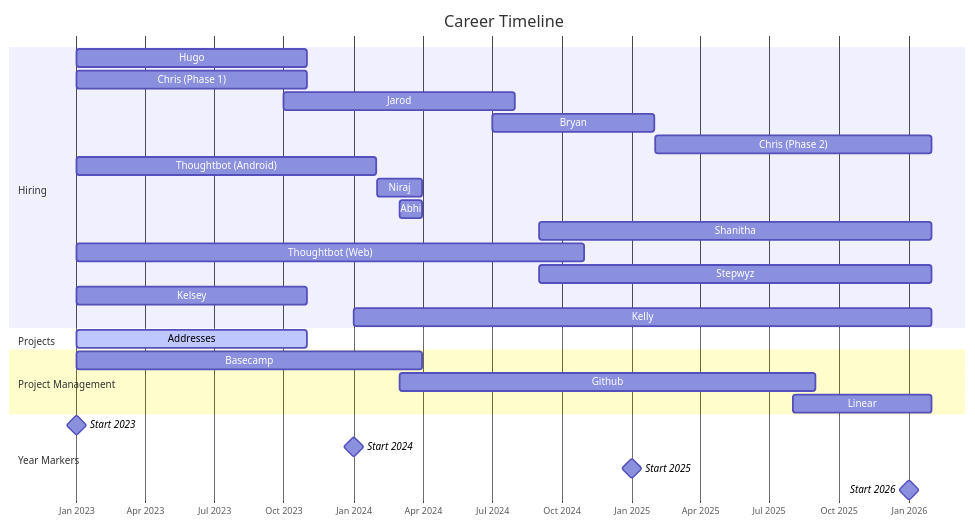
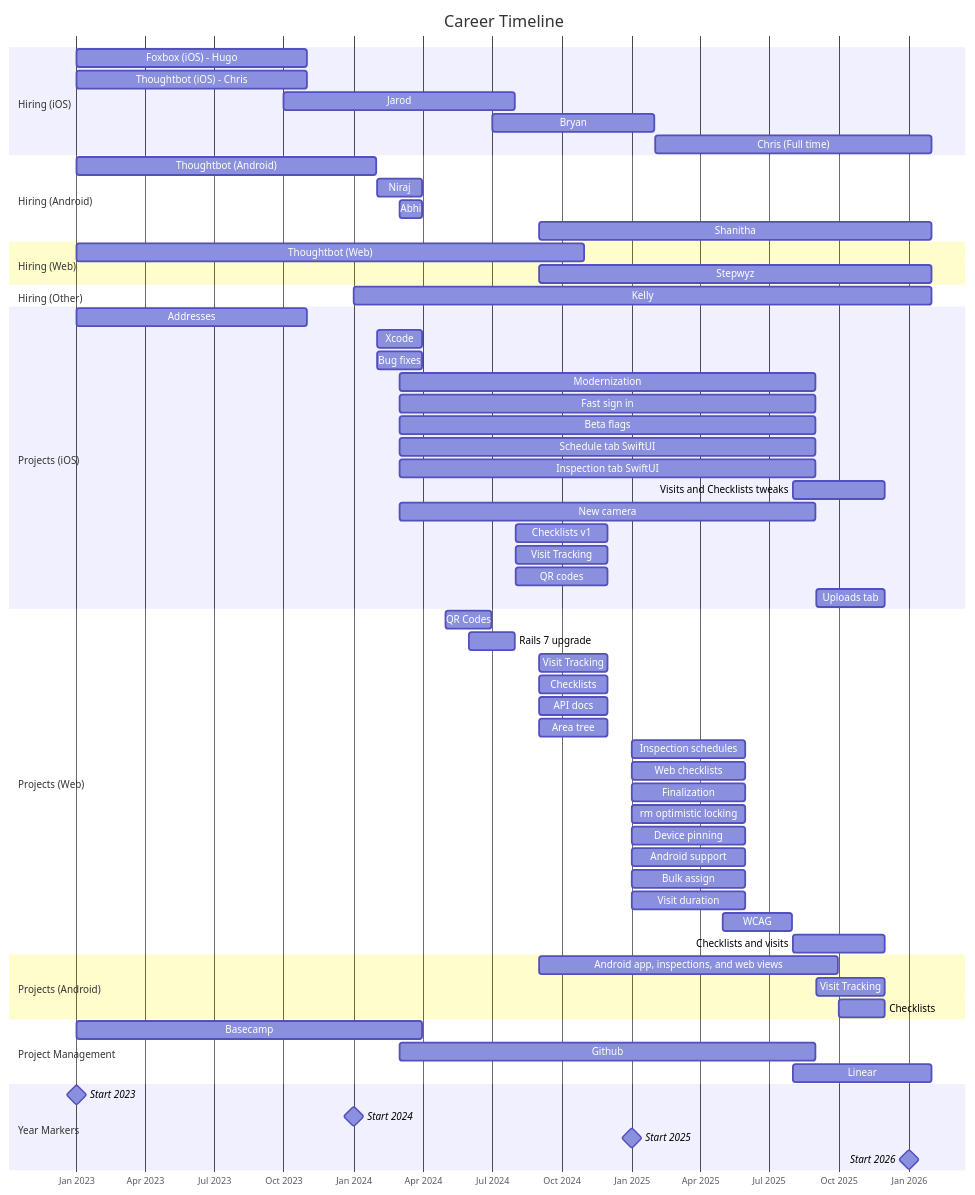
One commit to dpaola2/career-chart-oqc changed the diagram in gantt.mmd. Above: the diagram before and after it, drawn with Mermaid.

Commit message:
projects, hiring tweaks

```diff
--- a/gantt.mmd
+++ b/gantt.mmd
@@ -1,40 +1,74 @@
 gantt
     dateFormat YYYY-MM-DD
     title Career Timeline
     axisFormat %b %Y
 
-    section Hiring
-    %% Subsection: iOS
-    Hugo              : hugo, 2023-01-01, 2023-10-31
-    Chris (Phase 1)   : chris1, 2023-01-01, 2023-10-31
+    section Hiring (iOS)
+    Foxbox (iOS) - Hugo : foxbox_ios, 2023-01-01, 2023-10-31
+    Thoughtbot (iOS) - Chris : chris1, 2023-01-01, 2023-10-31
     Jarod             : jarod, 2023-10-01, 2024-07-31
     Bryan             : bryan, 2024-07-01, 2025-01-31
-    Chris (Phase 2)   : chris2, 2025-02-01, 2026-01-31
+    Chris (Full time) : chris2, 2025-02-01, 2026-01-31
 
-    %% Subsection: Android
+    section Hiring (Android)
     Thoughtbot (Android) : thoughtbot_android, 2023-01-01, 2024-01-31
     Niraj             : niraj, 2024-02-01, 2024-03-31
     Abhi              : abhi, 2024-03-01, 2024-03-31
     Shanitha          : shanitha, 2024-09-01, 2026-01-31
 
-    %% Subsection: Web
+    section Hiring (Web)
     Thoughtbot (Web)  : thoughtbot_web, 2023-01-01, 2024-10-31
     Stepwyz           : stepwyz, 2024-09-01, 2026-01-31
 
-    %% Subsection: Other
-    Kelsey            : kelsey, 2023-01-01, 2023-10-31
+    section Hiring (Other)
     Kelly             : kelly, 2024-01-01, 2026-01-31
 
-    section Projects
-    Addresses         : active, addresses, 2023-01-01, 2023-10-31
+    section Projects (iOS)
+    Addresses                 : addresses, 2023-01-01, 2023-10-31
+    Xcode                     : xcode, 2024-02-01, 2024-03-31
+    Bug fixes                 : bug_fixes, 2024-02-01, 2024-03-31
+    Modernization             : modernization, 2024-03-01, 2025-08-31
+    Fast sign in              : fast_sign_in, 2024-03-01, 2025-08-31
+    Beta flags                : beta_flags, 2024-03-01, 2025-08-31
+    Schedule tab SwiftUI      : schedule_tab_swiftui, 2024-03-01, 2025-08-31
+    Inspection tab SwiftUI    : inspection_tab_swiftui, 2024-03-01, 2025-08-31
+    Visits and Checklists tweaks : visits_checklists_tweaks, 2025-08-01, 2025-11-30
+    New camera                : new_camera, 2024-03-01, 2025-08-31
+    Checklists v1             : checklists_v1, 2024-08-01, 2024-11-30
+    Visit Tracking            : visit_tracking, 2024-08-01, 2024-11-30
+    QR codes                  : qr_codes, 2024-08-01, 2024-11-30
+    Uploads tab               : uploads_tab, 2025-09-01, 2025-11-30
+
+    section Projects (Web)
+    QR Codes                  : web_qr_codes, 2024-05-01, 2024-06-30
+    Rails 7 upgrade           : rails7_upgrade, 2024-06-01, 2024-07-31
+    Visit Tracking            : web_visit_tracking, 2024-09-01, 2024-11-30
+    Checklists                : web_checklists, 2024-09-01, 2024-11-30
+    API docs                  : api_docs, 2024-09-01, 2024-11-30
+    Area tree                 : area_tree, 2024-09-01, 2024-11-30
+    Inspection schedules      : web_inspection_schedules, 2025-01-01, 2025-05-31
+    Web checklists            : web_web_checklists, 2025-01-01, 2025-05-31
+    Finalization              : web_finalization, 2025-01-01, 2025-05-31
+    rm optimistic locking     : web_rm_optimistic_locking, 2025-01-01, 2025-05-31
+    Device pinning            : web_device_pinning, 2025-01-01, 2025-05-31
+    Android support           : web_android_support, 2025-01-01, 2025-05-31
+    Bulk assign               : web_bulk_assign, 2025-01-01, 2025-05-31
+    Visit duration            : web_visit_duration, 2025-01-01, 2025-05-31
+    WCAG                      : web_wcag, 2025-05-01, 2025-07-31
+    Checklists and visits     : web_checklists_visits, 2025-08-01, 2025-11-30
+
+    section Projects (Android)
+    Android app, inspections, and web views : android_app_inspections_webviews, 2024-09-01, 2025-09-30
+    Visit Tracking            : android_visit_tracking, 2025-09-01, 2025-11-30
+    Checklists                : android_checklists, 2025-10-01, 2025-11-30
 
     section Project Management
     Basecamp          : basecamp, 2023-01-01, 2024-03-31
     Github            : github, 2024-03-01, 2025-08-31
     Linear            : linear, 2025-08-01, 2026-01-31
 
     section Year Markers
     Start 2023        : milestone, m2023, 2023-01-01, 0d
     Start 2024        : milestone, m2024, 2024-01-01, 0d
     Start 2025        : milestone, m2025, 2025-01-01, 0d
     Start 2026        : milestone, m2026, 2026-01-01, 0d
```
